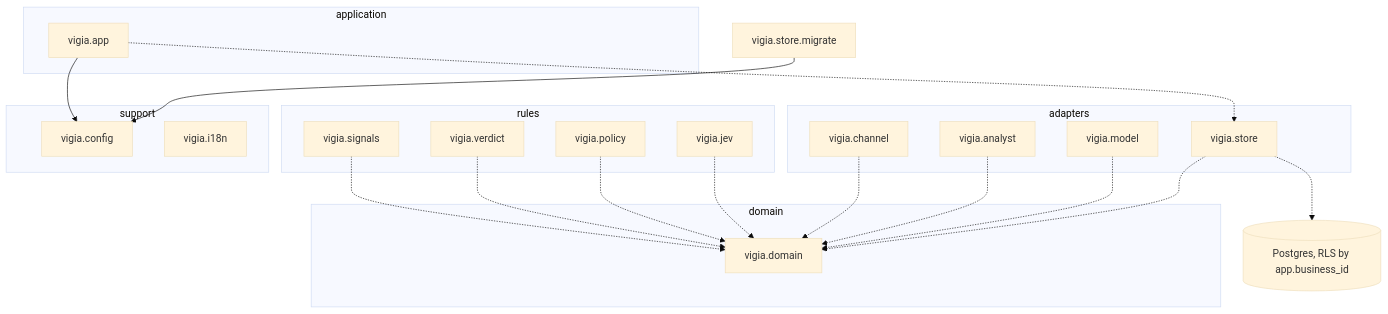
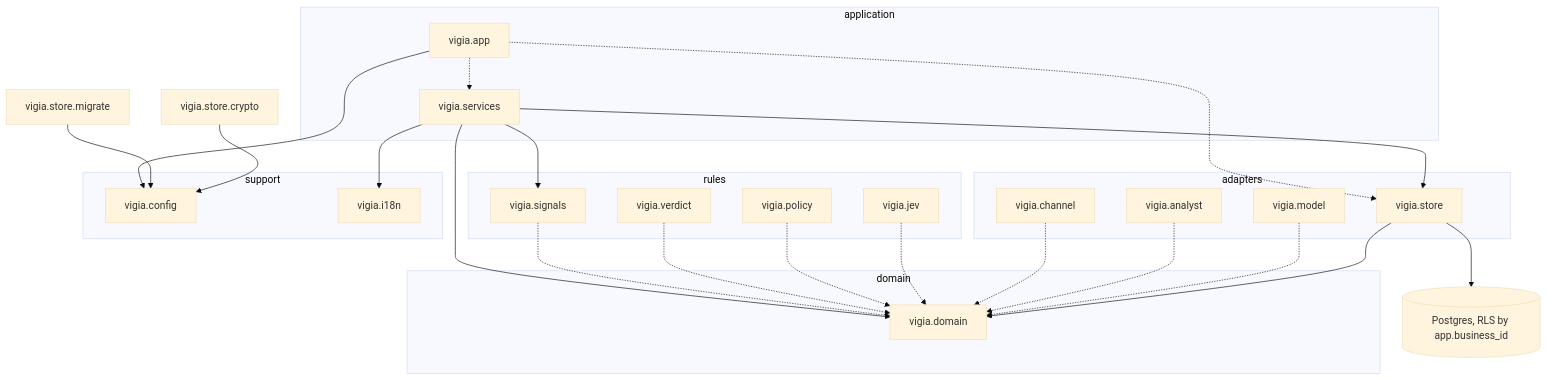
One commit to Danielmc09/vigia changed the first of 2 diagrams in docs/ARCHITECTURE.md. Above: the diagram before and after it, drawn with Mermaid (base theme). The commit also changed 28 other files, not shown here.

````diff
--- a/docs/ARCHITECTURE.md
+++ b/docs/ARCHITECTURE.md
@@ -12,37 +12,44 @@
 ```mermaid
 graph TD
   subgraph application
     vigia.app
+    vigia.services
   end
   subgraph rules
     vigia.signals
     vigia.verdict
     vigia.policy
     vigia.jev
   end
   subgraph adapters
     vigia.channel
     vigia.analyst
     vigia.model
     vigia.store
   end
   subgraph domain
     vigia.domain
   end
   subgraph support
     vigia.config
     vigia.i18n
   end
   vigia.app --> vigia.config
   vigia.store.migrate --> vigia.config
+  vigia.store.crypto --> vigia.config
   vigia.app -.-> vigia.store
+  vigia.app -.-> vigia.services
+  vigia.services --> vigia.store
+  vigia.services --> vigia.signals
+  vigia.services --> vigia.domain
+  vigia.services --> vigia.i18n
   vigia.signals -.-> vigia.domain
   vigia.verdict -.-> vigia.domain
   vigia.policy -.-> vigia.domain
   vigia.jev -.-> vigia.domain
   vigia.channel -.-> vigia.domain
   vigia.analyst -.-> vigia.domain
   vigia.model -.-> vigia.domain
-  vigia.store -.-> vigia.domain
-  vigia.store -.-> PG[(Postgres, RLS by app.business_id)]
+  vigia.store --> vigia.domain
+  vigia.store --> PG[(Postgres, RLS by app.business_id)]
 ```
````
